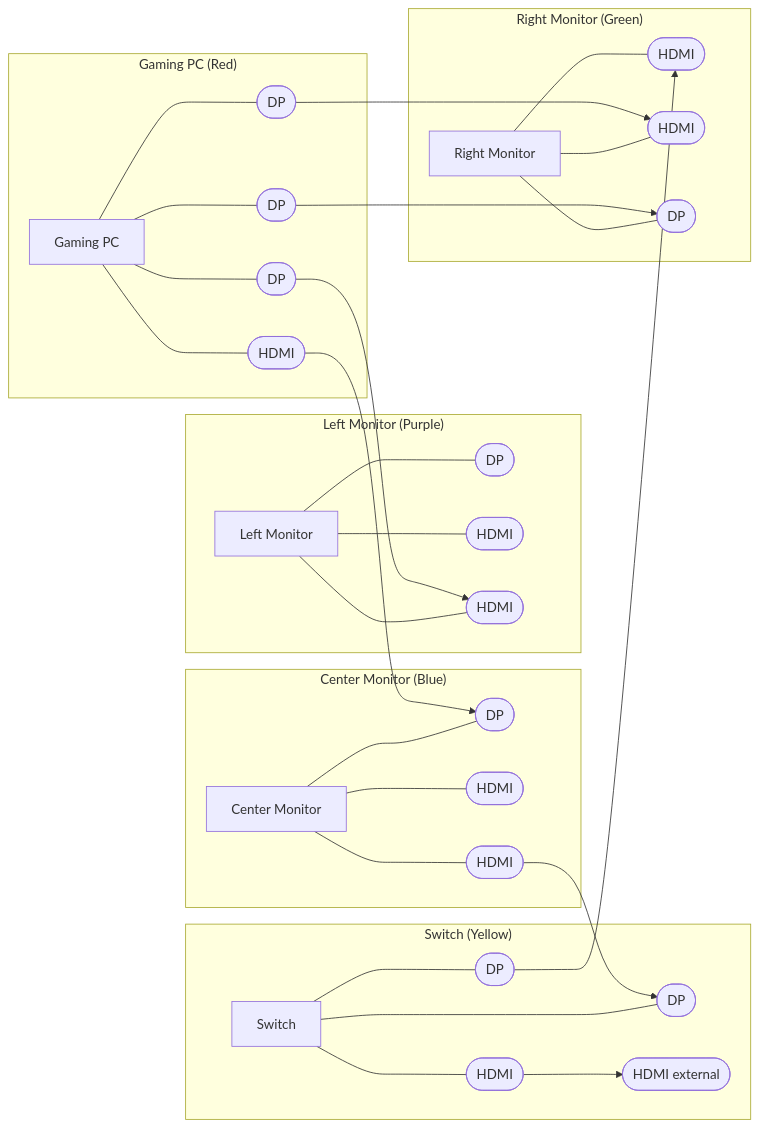
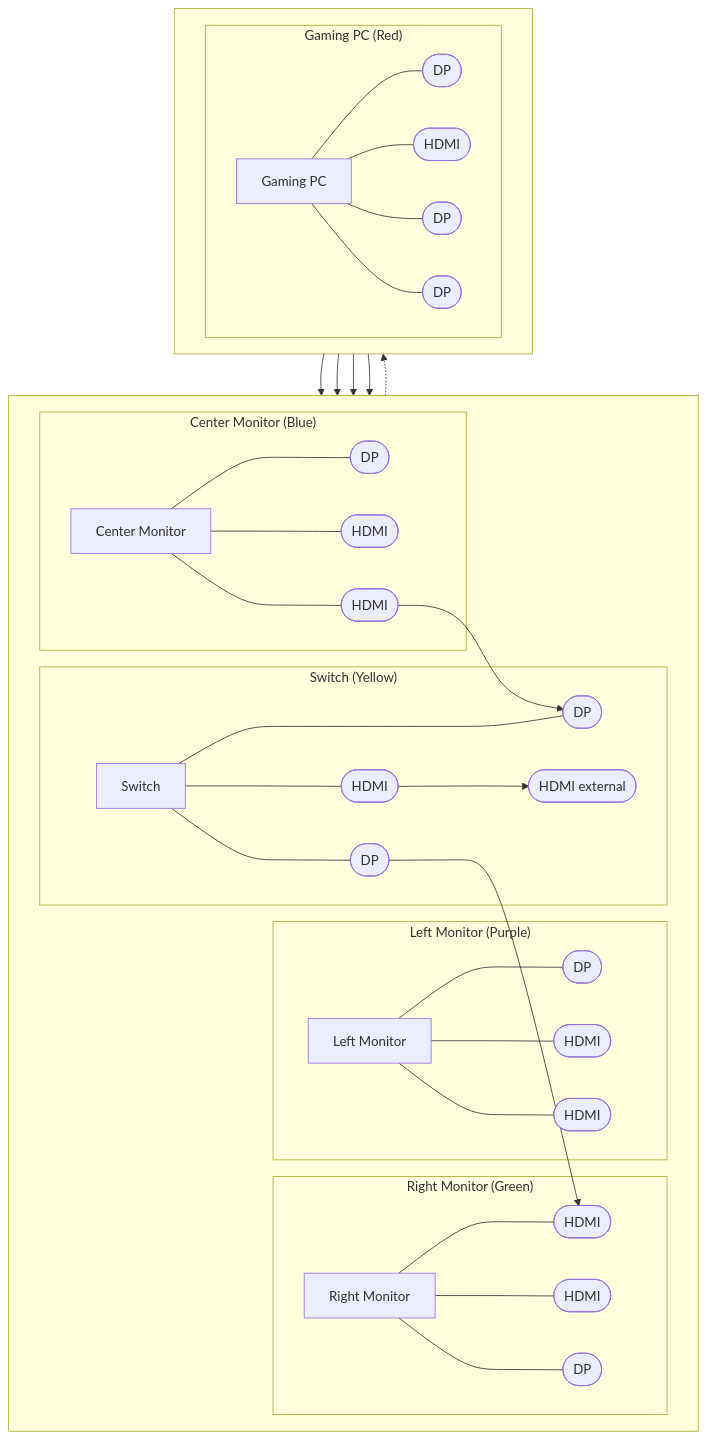
Before and after one commit to caseta/pc: the diagram in desktop_setup.md, drawn with Mermaid.

````diff
--- a/desktop_setup.md
+++ b/desktop_setup.md
@@ -14,5 +14,5 @@
 ```mermaid
-flowchart LR
+flowchart TB
     %% Devices and exact port sets from your color boxes
     subgraph LEFT["Left Monitor (Purple)"]
       LM[Left Monitor]
@@ -67,6 +67,24 @@
       PC --- PC_DP3
     end
 
+    %% Layout control:
+    %% - top row ordered left -> center -> right -> switch
+    %% - gaming PC below center/right area
+    subgraph TOP_ROW[" "]
+      direction LR
+      LEFT
+      CENTER
+      RIGHT
+      SWITCH
+    end
+
+    subgraph BOTTOM_ROW[" "]
+      direction LR
+      PCBOX
+    end
+
+    CENTER -.-> PCBOX
+
     %% Visible cable runs from the drawing
     PC_DP1 --> LM_H2
     PC_H1 --> CM_DP
````
